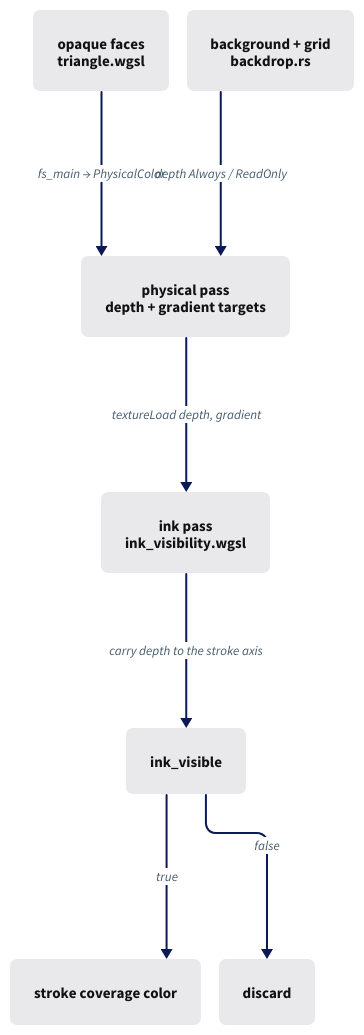
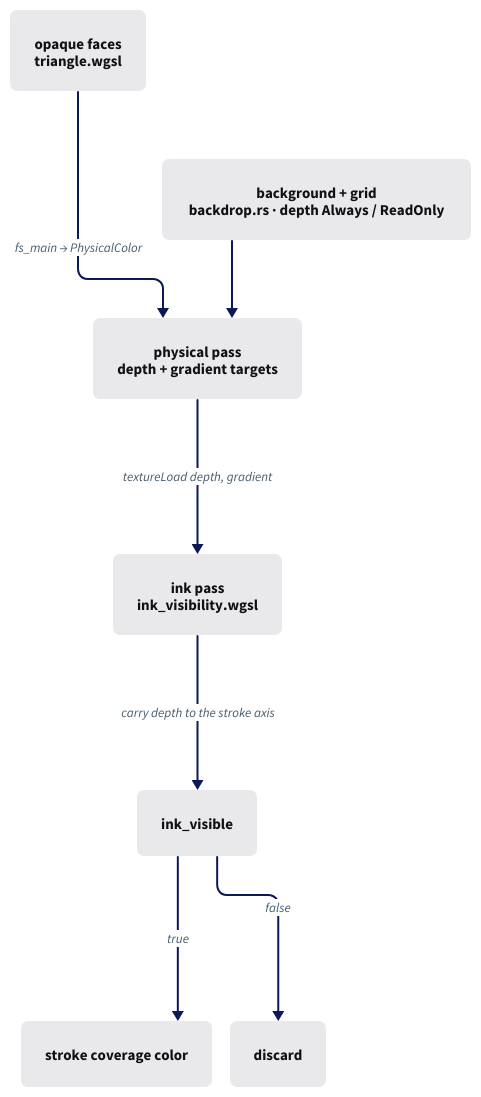
The diagram in session_viewer/docs/diagrams/05-01.d2 (petrasvestartas/session), drawn with D2 before and after one commit. The commit also changed 13 other files, not shown here.

```diff
--- a/session_viewer/docs/diagrams/05-01.d2
+++ b/session_viewer/docs/diagrams/05-01.d2
@@ -1,22 +1,22 @@
 vars: { d2-config: { layout-engine: elk; pad: 20; theme-id: 0 } }
 style: { fill: "#ffffff" }
 classes: {
   box:   { style: { fill: "#e9e9ec"; stroke: "#e9e9ec"; border-radius: 6; font-size: 15; font-color: "#111111" } }
   focus: { style: { fill: "#fa9ebc"; stroke: "#fa9ebc"; border-radius: 6; font-size: 15; font-color: "#111111" } }
 }
 direction: down
 
 faces: "opaque faces\ntriangle.wgsl" { class: box }
 phys: "physical pass\ndepth + gradient targets" { class: box }
-back: "background + grid\nbackdrop.rs" { class: box }
+back: "background + grid\nbackdrop.rs · depth Always / ReadOnly" { class: box }
 ink: "ink pass\nink_visibility.wgsl" { class: box }
 test: "ink_visible" { class: box }
 cov: "stroke coverage color" { class: box }
 discard: "discard" { class: box }
 
 faces -> phys: "fs_main → PhysicalColor" { style: { stroke: "#0b1957"; stroke-width: 2; font-size: 13; font-color: "#455b6b" } }
-back -> phys: "depth Always / ReadOnly" { style: { stroke: "#0b1957"; stroke-width: 2; font-size: 13; font-color: "#455b6b" } }
+back -> phys { style: { stroke: "#0b1957"; stroke-width: 2; font-size: 13; font-color: "#455b6b" } }
 phys -> ink: "textureLoad depth, gradient" { style: { stroke: "#0b1957"; stroke-width: 2; font-size: 13; font-color: "#455b6b" } }
 ink -> test: "carry depth to the stroke axis" { style: { stroke: "#0b1957"; stroke-width: 2; font-size: 13; font-color: "#455b6b" } }
 test -> cov: "true" { style: { stroke: "#0b1957"; stroke-width: 2; font-size: 13; font-color: "#455b6b" } }
 test -> discard: "false" { style: { stroke: "#0b1957"; stroke-width: 2; font-size: 13; font-color: "#455b6b" } }
```
